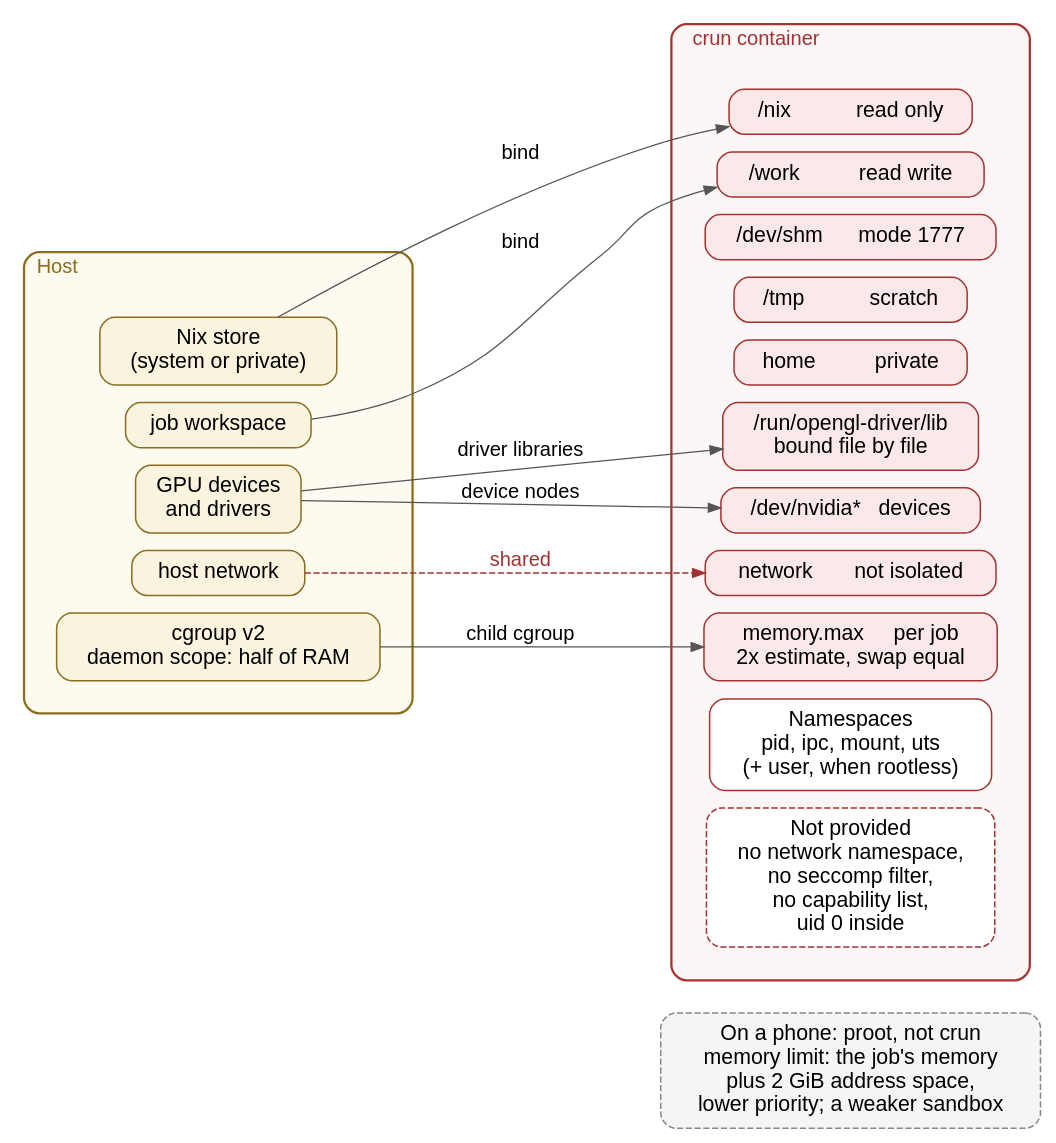
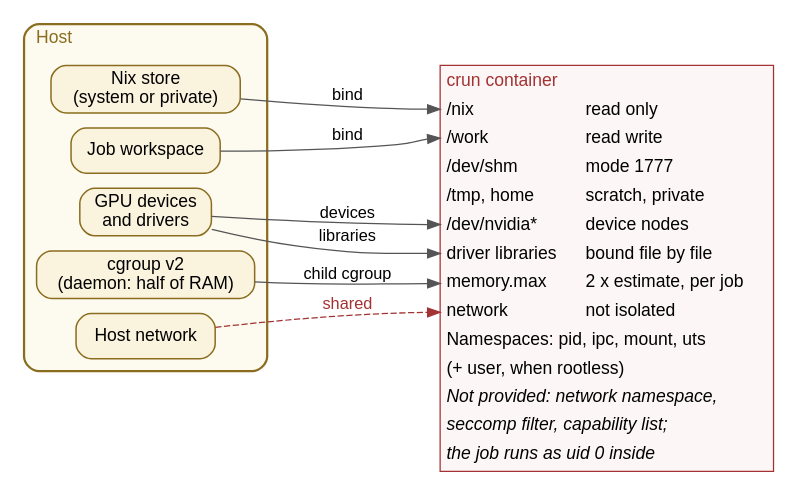
One commit to vinayakyadav2709/Pipedpeer changed the diagram in docs/diagrams/src/fig_4.7_sandbox.dot. Above: the diagram before and after it, drawn with Graphviz. The commit also changed 49 other files, not shown here.

```diff
--- a/docs/diagrams/src/fig_4.7_sandbox.dot
+++ b/docs/diagrams/src/fig_4.7_sandbox.dot
@@ -1,52 +1,44 @@
 // Figure 4.7 - crun sandbox: what the job can and cannot see.
+// The container's mounts are one table so the text prints at 8 pt or more.
 digraph Sandbox {
-  rankdir=LR; bgcolor="white"; nodesep=0.20; ranksep=1.3;
-  node [fontname="Helvetica", fontsize=17, shape=box, style="rounded,filled",
-        fillcolor="#eef3fb", color="#3b6ea5", penwidth=1.2, margin="0.18,0.11"];
-  edge [fontname="Helvetica", fontsize=16, color="#555555"];
+  rankdir=LR; bgcolor="white"; nodesep=0.16; ranksep=0.9;
+  node [fontname="Helvetica", fontsize=14, shape=box, style="rounded,filled",
+        fillcolor="#faf3dd", color="#8a6d1f", penwidth=1.2, margin="0.12,0.06"];
+  edge [fontname="Helvetica", fontsize=13, color="#555555"];
 
   subgraph cluster_host {
-    label="Host"; labeljust=l; fontsize=16; fontname="Helvetica";
+    label="Host"; labeljust=l; fontsize=14; fontname="Helvetica";
     style="rounded"; color="#8a6d1f"; penwidth=1.8; bgcolor="#fdfaf0"; fontcolor="#8a6d1f";
-    margin="26,22";
-    node [fillcolor="#faf3dd", color="#8a6d1f"];
+    margin="10,8";
     nix  [label="Nix store\n(system or private)"];
-    work [label="job workspace"];
+    work [label="Job workspace"];
     gpu  [label="GPU devices\nand drivers"];
-    cg   [label="cgroup v2\ndaemon scope: half of RAM"];
-    net  [label="host network"];
-    { rank=same; nix; work; gpu; cg; net; }
+    cg   [label="cgroup v2\n(daemon: half of RAM)"];
+    net  [label="Host network"];
   }
 
-  subgraph cluster_ct {
-    label="crun container"; labeljust=l; fontsize=16; fontname="Helvetica";
-    style="rounded"; color="#a33333"; penwidth=1.8; bgcolor="#fdf6f6"; fontcolor="#a33333";
-    margin="26,22";
-    node [fillcolor="#fbe9e9", color="#a33333"];
-    m1 [label="/nix           read only"];
-    m2 [label="/work          read write"];
-    m3 [label="/dev/shm      mode 1777"];
-    m4 [label="/tmp           scratch"];
-    m9 [label="home          private"];
-    m5 [label="/dev/nvidia*   devices"];
-    m6 [label="/run/opengl-driver/lib\nbound file by file"];
-    m8 [label="memory.max     per job\n2x estimate, swap equal"];
-    m7 [label="network       not isolated"];
-    ns [label="Namespaces\npid, ipc, mount, uts\n(+ user, when rootless)", fillcolor="#ffffff"];
-    no [label="Not provided\nno network namespace,\nno seccomp filter,\nno capability list,\nuid 0 inside",
-        fillcolor="#ffffff", style="rounded,filled,dashed"];
-    { rank=same; m1; m2; m3; m4; m9; m5; m6; m8; m7; ns; no; }
-  }
+  ct [shape=plain, style="", label=<
+    <table border="1" cellborder="0" cellspacing="0" cellpadding="4" color="#a33333" bgcolor="#fdf6f6">
+      <tr><td colspan="2" align="left"><font color="#a33333">crun container</font></td></tr>
+      <tr><td port="nix" align="left">/nix</td><td align="left">read only</td></tr>
+      <tr><td port="work" align="left">/work</td><td align="left">read write</td></tr>
+      <tr><td align="left">/dev/shm</td><td align="left">mode 1777</td></tr>
+      <tr><td align="left">/tmp, home</td><td align="left">scratch, private</td></tr>
+      <tr><td port="dev" align="left">/dev/nvidia*</td><td align="left">device nodes</td></tr>
+      <tr><td port="lib" align="left">driver libraries</td><td align="left">bound file by file</td></tr>
+      <tr><td port="mem" align="left">memory.max</td><td align="left">2 x estimate, per job</td></tr>
+      <tr><td port="net" align="left">network</td><td align="left">not isolated</td></tr>
+      <tr><td colspan="2" align="left">Namespaces: pid, ipc, mount, uts</td></tr>
+      <tr><td colspan="2" align="left">(+ user, when rootless)</td></tr>
+      <tr><td colspan="2" align="left"><i>Not provided: network namespace,</i></td></tr>
+      <tr><td colspan="2" align="left"><i>seccomp filter, capability list;</i></td></tr>
+      <tr><td colspan="2" align="left"><i>the job runs as uid 0 inside</i></td></tr>
+    </table>>];
 
-  nix  -> m1 [label=" bind "];
-  work -> m2 [label=" bind "];
-  gpu  -> m5 [label=" device nodes "];
-  gpu  -> m6 [label=" driver libraries "];
-  cg   -> m8 [label=" child cgroup "];
-  net  -> m7 [label=" shared ", style=dashed, color="#a33333", fontcolor="#a33333"];
-
-  // Phones run chunks under proot instead (report: Phones as full nodes).
-  phone [label="On a phone: proot, not crun\nmemory limit: the job's memory\nplus 2 GiB address space,\nlower priority; a weaker sandbox",
-         fillcolor="#f5f5f5", color="#888888", style="rounded,filled,dashed"];
-  cg -> phone [style=invis];
+  nix  -> ct:nix  [label="bind"];
+  work -> ct:work [label="bind"];
+  gpu  -> ct:dev  [label="devices"];
+  gpu  -> ct:lib  [label="libraries"];
+  cg   -> ct:mem  [label="child cgroup"];
+  net  -> ct:net  [label="shared", style=dashed, color="#a33333", fontcolor="#a33333"];
 }
```
